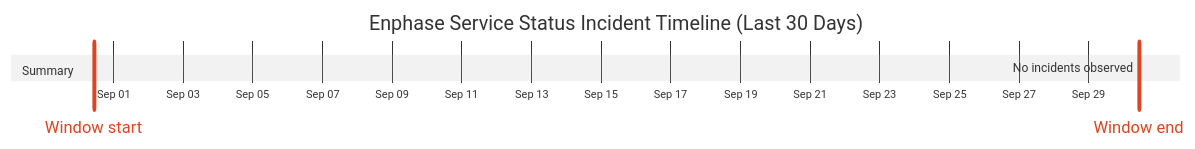
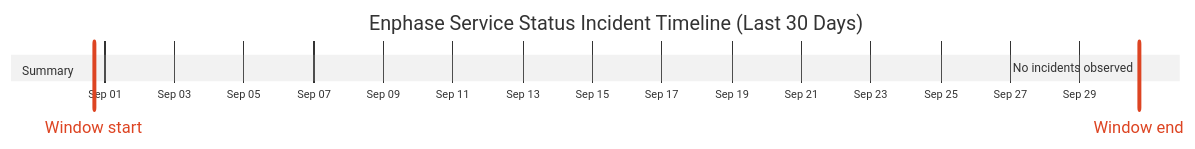
One commit to barneyonline/ha-enphase-energy changed the diagram in wiki/Service-Status-History.md. Above: the diagram before and after it, drawn with Mermaid (neutral theme). The commit also changed other lines of this file and 3 other files, not shown here.

````diff
--- a/wiki/Service-Status-History.md
+++ b/wiki/Service-Status-History.md
@@ -14,10 +14,10 @@
 ```mermaid
 gantt
     title Enphase Service Status Incident Timeline (Last 30 Days)
     dateFormat  YYYY-MM-DDTHH:mm:ss
     axisFormat  %b %d
-    Window start :vert, window-start, 2026-08-31T10:37:44, 0ms
-    Window end :vert, window-end, 2026-09-30T10:37:44, 0ms
+    Window start :vert, window-start, 2026-08-31T16:39:17, 0ms
+    Window end :vert, window-end, 2026-09-30T16:39:17, 0ms
     section Summary
-    No incidents observed :done, 2026-09-30T10:37:44, 1m
+    No incidents observed :done, 2026-09-30T16:39:17, 1m
 ```
````
